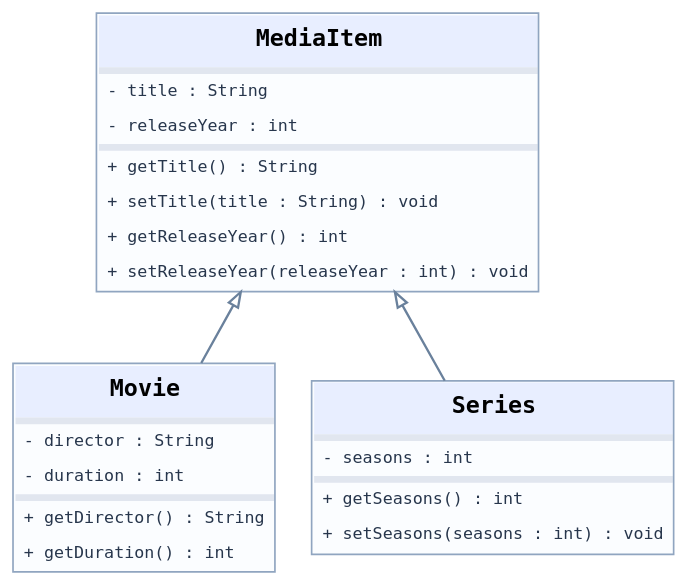
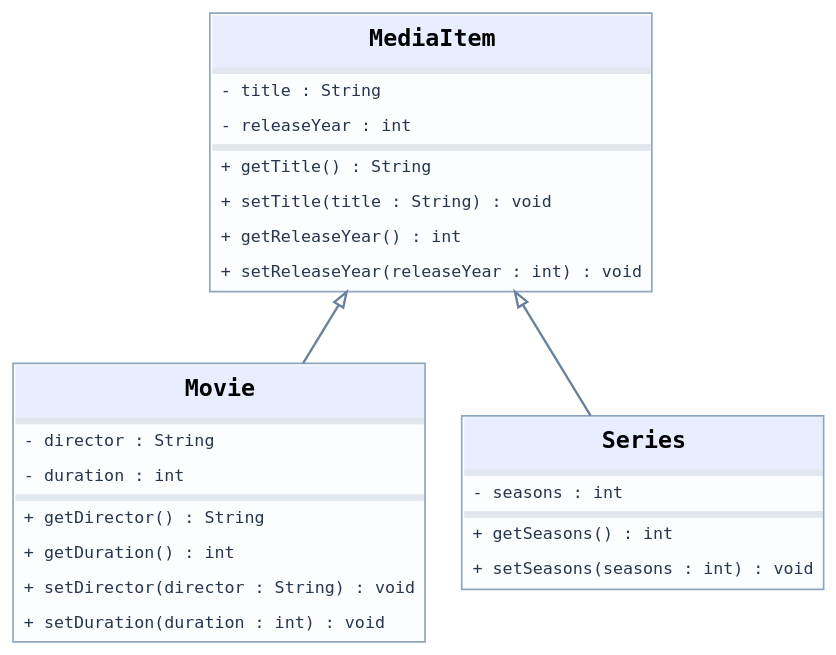
One commit to edetroll/java-oop changed the diagram in content/chapters/06-oroklodes/media/complete-task-5-hu.dot. Above: the diagram before and after it, drawn with Graphviz. The commit also changed 26 other files, not shown here.

```diff
--- a/content/chapters/06-oroklodes/media/complete-task-5-hu.dot
+++ b/content/chapters/06-oroklodes/media/complete-task-5-hu.dot
@@ -1,10 +1,10 @@
 digraph UML {
 graph [rankdir=BT,bgcolor="transparent",pad="0.15",nodesep="0.3",ranksep="0.6",splines=polyline];
 node [shape=plain];
 edge [color="#6a819c",penwidth=1.4,arrowsize=0.9];
 "MediaItem" [label=<<TABLE BORDER="1" CELLBORDER="0" CELLSPACING="0" COLOR="#90a5c0" BGCOLOR="#fbfdff"><TR><TD BGCOLOR="#e8eeff" CELLPADDING="8"><FONT FACE="DejaVu Sans Mono" POINT-SIZE="14"><B>MediaItem</B></FONT></TD></TR><TR><TD BGCOLOR="#e1e6ef" HEIGHT="2"></TD></TR><TR><TD ALIGN="LEFT" CELLPADDING="5"><FONT FACE="DejaVu Sans Mono" POINT-SIZE="10" COLOR="#27364c">- title : String</FONT></TD></TR><TR><TD ALIGN="LEFT" CELLPADDING="5"><FONT FACE="DejaVu Sans Mono" POINT-SIZE="10" COLOR="#27364c">- releaseYear : int</FONT></TD></TR><TR><TD BGCOLOR="#e1e6ef" HEIGHT="2"></TD></TR><TR><TD ALIGN="LEFT" CELLPADDING="5"><FONT FACE="DejaVu Sans Mono" POINT-SIZE="10" COLOR="#27364c">+ getTitle() : String</FONT></TD></TR><TR><TD ALIGN="LEFT" CELLPADDING="5"><FONT FACE="DejaVu Sans Mono" POINT-SIZE="10" COLOR="#27364c">+ setTitle(title : String) : void</FONT></TD></TR><TR><TD ALIGN="LEFT" CELLPADDING="5"><FONT FACE="DejaVu Sans Mono" POINT-SIZE="10" COLOR="#27364c">+ getReleaseYear() : int</FONT></TD></TR><TR><TD ALIGN="LEFT" CELLPADDING="5"><FONT FACE="DejaVu Sans Mono" POINT-SIZE="10" COLOR="#27364c">+ setReleaseYear(releaseYear : int) : void</FONT></TD></TR></TABLE>>];
-"Movie" [label=<<TABLE BORDER="1" CELLBORDER="0" CELLSPACING="0" COLOR="#90a5c0" BGCOLOR="#fbfdff"><TR><TD BGCOLOR="#e8eeff" CELLPADDING="8"><FONT FACE="DejaVu Sans Mono" POINT-SIZE="14"><B>Movie</B></FONT></TD></TR><TR><TD BGCOLOR="#e1e6ef" HEIGHT="2"></TD></TR><TR><TD ALIGN="LEFT" CELLPADDING="5"><FONT FACE="DejaVu Sans Mono" POINT-SIZE="10" COLOR="#27364c">- director : String</FONT></TD></TR><TR><TD ALIGN="LEFT" CELLPADDING="5"><FONT FACE="DejaVu Sans Mono" POINT-SIZE="10" COLOR="#27364c">- duration : int</FONT></TD></TR><TR><TD BGCOLOR="#e1e6ef" HEIGHT="2"></TD></TR><TR><TD ALIGN="LEFT" CELLPADDING="5"><FONT FACE="DejaVu Sans Mono" POINT-SIZE="10" COLOR="#27364c">+ getDirector() : String</FONT></TD></TR><TR><TD ALIGN="LEFT" CELLPADDING="5"><FONT FACE="DejaVu Sans Mono" POINT-SIZE="10" COLOR="#27364c">+ getDuration() : int</FONT></TD></TR></TABLE>>];
+"Movie" [label=<<TABLE BORDER="1" CELLBORDER="0" CELLSPACING="0" COLOR="#90a5c0" BGCOLOR="#fbfdff"><TR><TD BGCOLOR="#e8eeff" CELLPADDING="8"><FONT FACE="DejaVu Sans Mono" POINT-SIZE="14"><B>Movie</B></FONT></TD></TR><TR><TD BGCOLOR="#e1e6ef" HEIGHT="2"></TD></TR><TR><TD ALIGN="LEFT" CELLPADDING="5"><FONT FACE="DejaVu Sans Mono" POINT-SIZE="10" COLOR="#27364c">- director : String</FONT></TD></TR><TR><TD ALIGN="LEFT" CELLPADDING="5"><FONT FACE="DejaVu Sans Mono" POINT-SIZE="10" COLOR="#27364c">- duration : int</FONT></TD></TR><TR><TD BGCOLOR="#e1e6ef" HEIGHT="2"></TD></TR><TR><TD ALIGN="LEFT" CELLPADDING="5"><FONT FACE="DejaVu Sans Mono" POINT-SIZE="10" COLOR="#27364c">+ getDirector() : String</FONT></TD></TR><TR><TD ALIGN="LEFT" CELLPADDING="5"><FONT FACE="DejaVu Sans Mono" POINT-SIZE="10" COLOR="#27364c">+ getDuration() : int</FONT></TD></TR><TR><TD ALIGN="LEFT" CELLPADDING="5"><FONT FACE="DejaVu Sans Mono" POINT-SIZE="10" COLOR="#27364c">+ setDirector(director : String) : void</FONT></TD></TR><TR><TD ALIGN="LEFT" CELLPADDING="5"><FONT FACE="DejaVu Sans Mono" POINT-SIZE="10" COLOR="#27364c">+ setDuration(duration : int) : void</FONT></TD></TR></TABLE>>];
 "Series" [label=<<TABLE BORDER="1" CELLBORDER="0" CELLSPACING="0" COLOR="#90a5c0" BGCOLOR="#fbfdff"><TR><TD BGCOLOR="#e8eeff" CELLPADDING="8"><FONT FACE="DejaVu Sans Mono" POINT-SIZE="14"><B>Series</B></FONT></TD></TR><TR><TD BGCOLOR="#e1e6ef" HEIGHT="2"></TD></TR><TR><TD ALIGN="LEFT" CELLPADDING="5"><FONT FACE="DejaVu Sans Mono" POINT-SIZE="10" COLOR="#27364c">- seasons : int</FONT></TD></TR><TR><TD BGCOLOR="#e1e6ef" HEIGHT="2"></TD></TR><TR><TD ALIGN="LEFT" CELLPADDING="5"><FONT FACE="DejaVu Sans Mono" POINT-SIZE="10" COLOR="#27364c">+ getSeasons() : int</FONT></TD></TR><TR><TD ALIGN="LEFT" CELLPADDING="5"><FONT FACE="DejaVu Sans Mono" POINT-SIZE="10" COLOR="#27364c">+ setSeasons(seasons : int) : void</FONT></TD></TR></TABLE>>];
 "Movie" -> "MediaItem" [arrowhead=empty];
 "Series" -> "MediaItem" [arrowhead=empty];
 }
```
